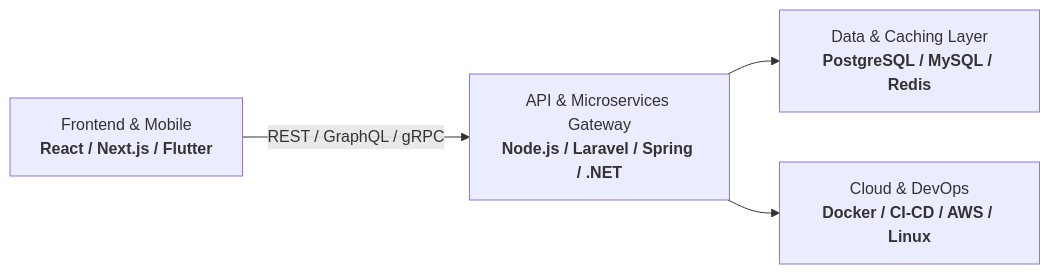
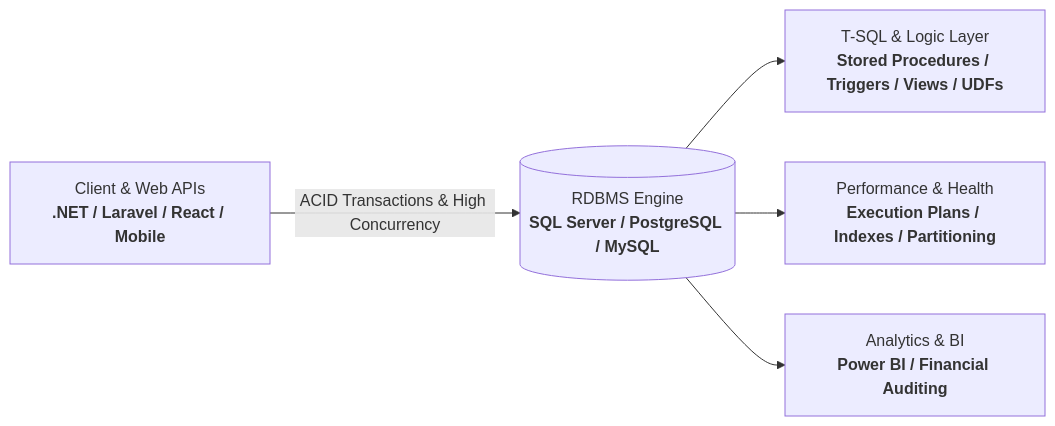
The diagram in README.md (JohnJoshua-Dev/JohnJoshua-Dev), drawn with Mermaid before and after one commit. The commit also changed other lines of this file, not shown here.

Commit message:
feat: add DBA, SQL Server, T-SQL and detailed CV project showcase

````diff
--- a/README.md
+++ b/README.md
@@ -38,6 +39,7 @@
 ```mermaid
 flowchart LR
-    A[Frontend & Mobile<br/><b>React / Next.js / Flutter</b>] -->|REST / GraphQL / gRPC| B[API & Microservices Gateway<br/><b>Node.js / Laravel / Spring / .NET</b>]
-    B --> C[Data & Caching Layer<br/><b>PostgreSQL / MySQL / Redis</b>]
-    B --> D[Cloud & DevOps<br/><b>Docker / CI-CD / AWS / Linux</b>]
+    A[Client & Web APIs<br/><b>.NET / Laravel / React / Mobile</b>] -->|ACID Transactions & High Concurrency| B[(RDBMS Engine<br/><b>SQL Server / PostgreSQL / MySQL</b>)]
+    B --> C[T-SQL & Logic Layer<br/><b>Stored Procedures / Triggers / Views / UDFs</b>]
+    B --> D[Performance & Health<br/><b>Execution Plans / Indexes / Partitioning</b>]
+    B --> E[Analytics & BI<br/><b>Power BI / Financial Auditing</b>]
 ```
````
